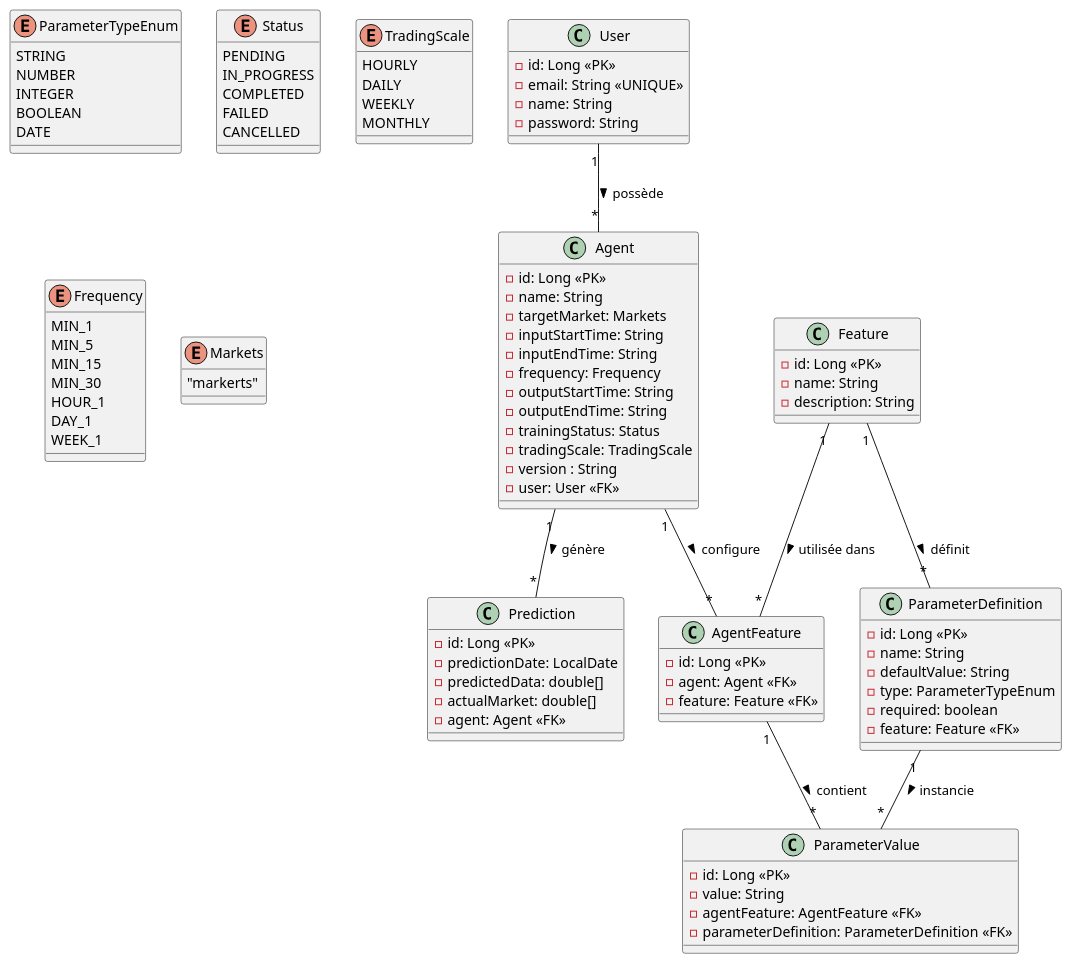
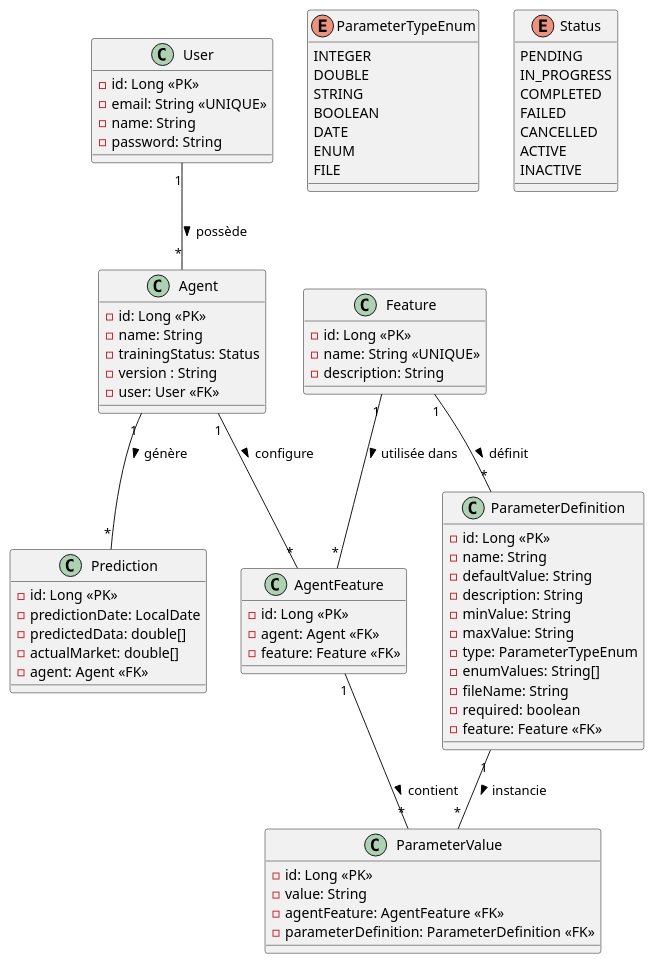
The diagram in docs/bdd_demo.puml (tradefi-2025/demo_ai_back), drawn with PlantUML before and after one commit. The commit also changed 1 other file, not shown here.

```diff
--- a/docs/bdd_demo.puml
+++ b/docs/bdd_demo.puml
@@ -1,107 +1,87 @@
 @startuml
 ' Entités principales
 class User {
   -id: Long <<PK>>
   -email: String <<UNIQUE>>
   -name: String
   -password: String
 }
 
 class Agent {
   -id: Long <<PK>>
   -name: String
-  -targetMarket: Markets
-  -inputStartTime: String
-  -inputEndTime: String
-  -frequency: Frequency
-  -outputStartTime: String
-  -outputEndTime: String
   -trainingStatus: Status
-  -tradingScale: TradingScale
   -version : String
   -user: User <<FK>>
 }
 
 class Feature {
   -id: Long <<PK>>
-  -name: String
+  -name: String <<UNIQUE>>
   -description: String
 }
 
 class ParameterDefinition {
   -id: Long <<PK>>
   -name: String
   -defaultValue: String
+  -description: String
+  -minValue: String
+  -maxValue: String
   -type: ParameterTypeEnum
+  -enumValues: String[]
+  -fileName: String
   -required: boolean
   -feature: Feature <<FK>>
 }
 
 enum ParameterTypeEnum {
+  INTEGER
+  DOUBLE
   STRING
-  NUMBER
-  INTEGER
   BOOLEAN
   DATE
+  ENUM
+  FILE
 }
 
 enum Status {
   PENDING
   IN_PROGRESS
   COMPLETED
   FAILED
   CANCELLED
-}
-
-enum TradingScale {
-  HOURLY
-  DAILY
-  WEEKLY
-  MONTHLY
-}
-
-enum Frequency {
-  MIN_1
-  MIN_5
-  MIN_15
-  MIN_30
-  HOUR_1
-  DAY_1
-  WEEK_1
-}
-
-enum Markets
-{
-    "markerts"
+  ACTIVE
+  INACTIVE
 }
 class AgentFeature {
   -id: Long <<PK>>
   -agent: Agent <<FK>>
   -feature: Feature <<FK>>
 }
 
 class ParameterValue {
   -id: Long <<PK>>
   -value: String
   -agentFeature: AgentFeature <<FK>>
   -parameterDefinition: ParameterDefinition <<FK>>
 }
 
 class Prediction {
   -id: Long <<PK>>
   -predictionDate: LocalDate
   -predictedData: double[]
   -actualMarket: double[]
   -agent: Agent <<FK>>
 }
 
 ' Relations entre entités
 User "1" -- "*" Agent : possède >
 Agent "1" -- "*" AgentFeature : configure >
 Agent "1" -- "*" Prediction : génère >
 Feature "1" -- "*" AgentFeature : utilisée dans >
 Feature "1" -- "*" ParameterDefinition : définit >
 AgentFeature "1" -- "*" ParameterValue : contient >
 ParameterDefinition "1" -- "*" ParameterValue : instancie >
 
 @enduml
```
